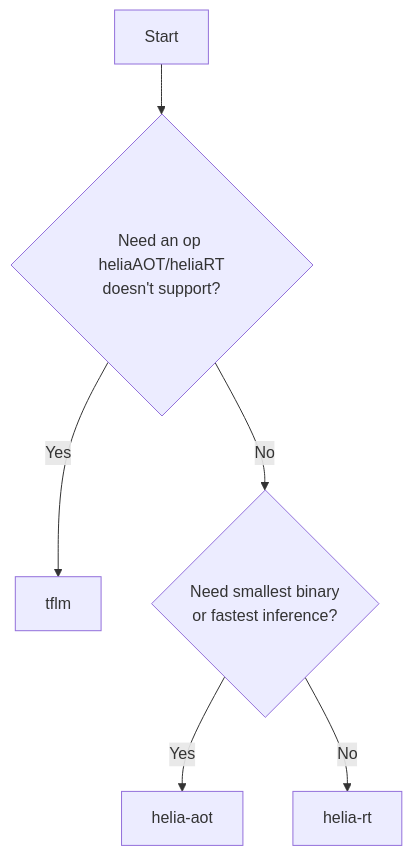
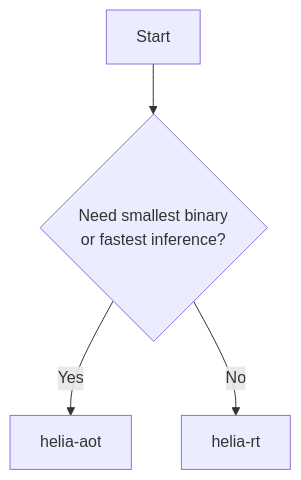
One commit to AmbiqAI/helia-profiler changed the diagram in docs/guide/engines.md. Above: the diagram before and after it, drawn with Mermaid. The commit also changed other lines of this file and 34 other files, not shown here.

````diff
--- a/docs/guide/engines.md
+++ b/docs/guide/engines.md
@@ -249,8 +234,6 @@
 ```mermaid
 graph TD
-    A[Start] --> B{Need an op heliaAOT/heliaRT<br/>doesn't support?}
-    B -->|Yes| C[tflm]
-    B -->|No| D{Need smallest binary<br/>or fastest inference?}
-    D -->|Yes| E[helia-aot]
-    D -->|No| F[helia-rt]
+  A[Start] --> B{Need smallest binary<br/>or fastest inference?}
+  B -->|Yes| C[helia-aot]
+  B -->|No| D[helia-rt]
 ```
````
